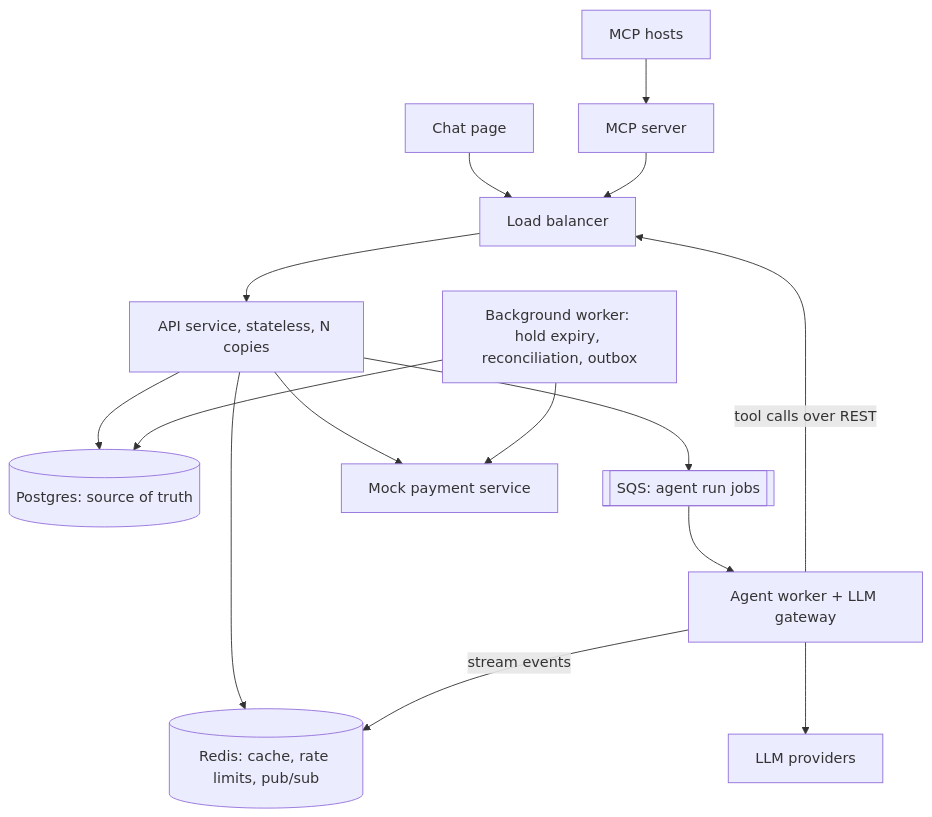
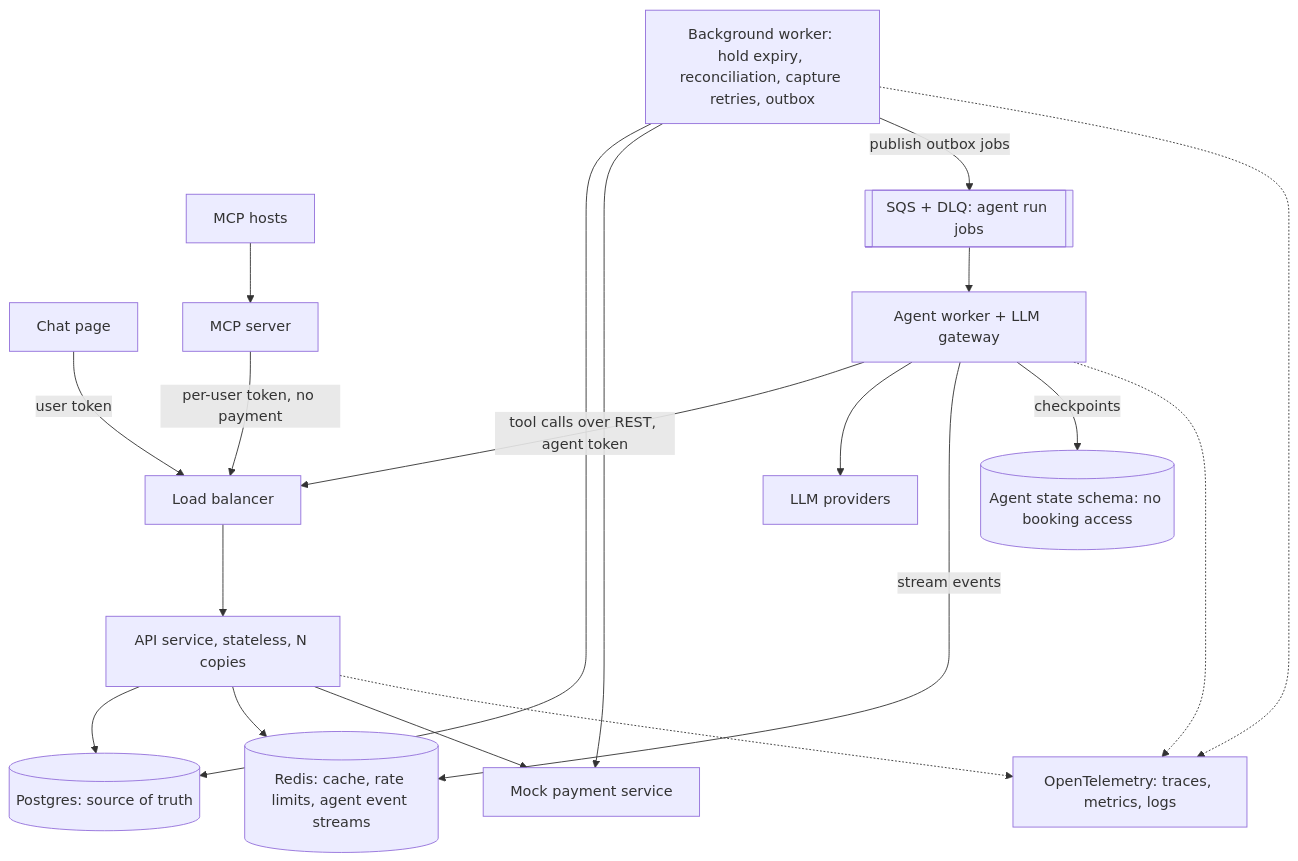
The diagram in docs/design.md (chinmai-sd-123/rushline), drawn with Mermaid before and after one commit. The commit also changed other lines of this file and 4 other files, not shown here.

Commit message:
docs: update architecture, payment and agent decisions

````diff
--- a/docs/design.md
+++ b/docs/design.md
@@ -69,16 +69,21 @@
 ```mermaid
 flowchart TD
-    C[Chat page] --> ALB[Load balancer]
-    H[MCP hosts] --> MCP[MCP server] --> ALB
+    C[Chat page] -- user token --> ALB[Load balancer]
+    H[MCP hosts] --> MCP[MCP server]
+    MCP -- per-user token, no payment --> ALB
     ALB --> API[API service, stateless, N copies]
     API --> PG[(Postgres: source of truth)]
-    API --> R[(Redis: cache, rate limits, pub/sub)]
-    API --> Q[[SQS: agent run jobs]]
+    API --> R[(Redis: cache, rate limits, agent event streams)]
     API --> PAY[Mock payment service]
+    X[Background worker: hold expiry, reconciliation, capture retries, outbox] --> PG
+    X --> PAY
+    X -- publish outbox jobs --> Q[[SQS + DLQ: agent run jobs]]
     Q --> W[Agent worker + LLM gateway]
-    W -- tool calls over REST --> ALB
+    W -- tool calls over REST, agent token --> ALB
     W --> LLM[LLM providers]
     W -- stream events --> R
-    X[Background worker: hold expiry, reconciliation, outbox] --> PG
-    X --> PAY
+    W -- checkpoints --> AS[(Agent state schema: no booking access)]
+    API -.-> OT[OpenTelemetry: traces, metrics, logs]
+    W -.-> OT
+    X -.-> OT
 ```
````
